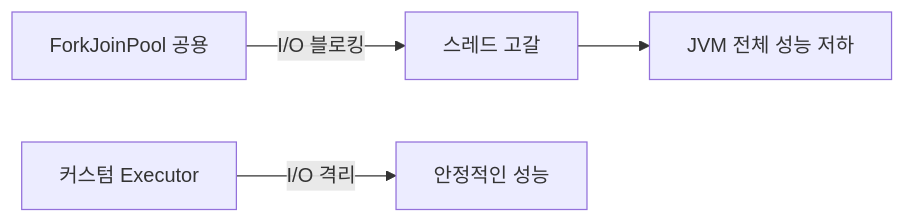
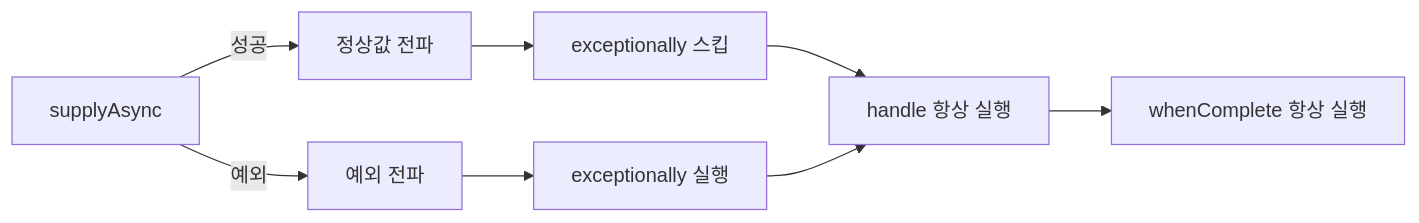
Before and after one commit to yjkim2015/yjkim2015.github.io: the second of 2 diagrams in _posts/java/2026-05-01-java-completablefuture.md, drawn with Mermaid. The commit also changed other lines of this file and 4 other files, not shown here.

````diff
--- a/_posts/java/2026-05-01-java-completablefuture.md
+++ b/_posts/java/2026-05-01-java-completablefuture.md
@@ -477,6 +692,10 @@
 ```mermaid
 graph LR
-    A["ForkJoinPool 공용"] -->|"I/O 블로킹"| B["스레드 고갈"]
-    B --> C["JVM 전체 성능 저하"]
-    D["커스텀 Executor"] -->|"I/O 격리"| E["안정적인 성능"]
+    A["supplyAsync"] -->|"성공"| B["정상값 전파"]
+    A -->|"예외"| C["예외 전파"]
+    B --> D["exceptionally 스킵"]
+    C --> E["exceptionally 실행"]
+    D --> F["handle 항상 실행"]
+    E --> F
+    F --> G["whenComplete 항상 실행"]
 ```
````
